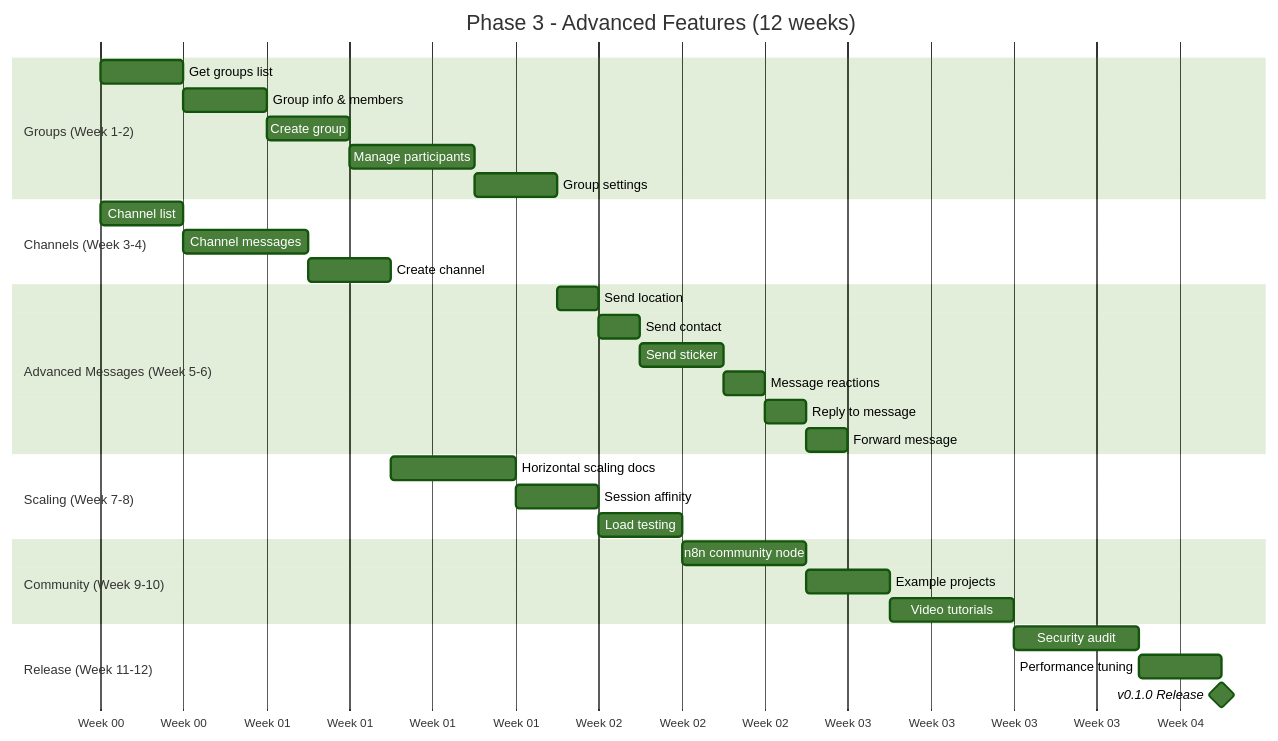
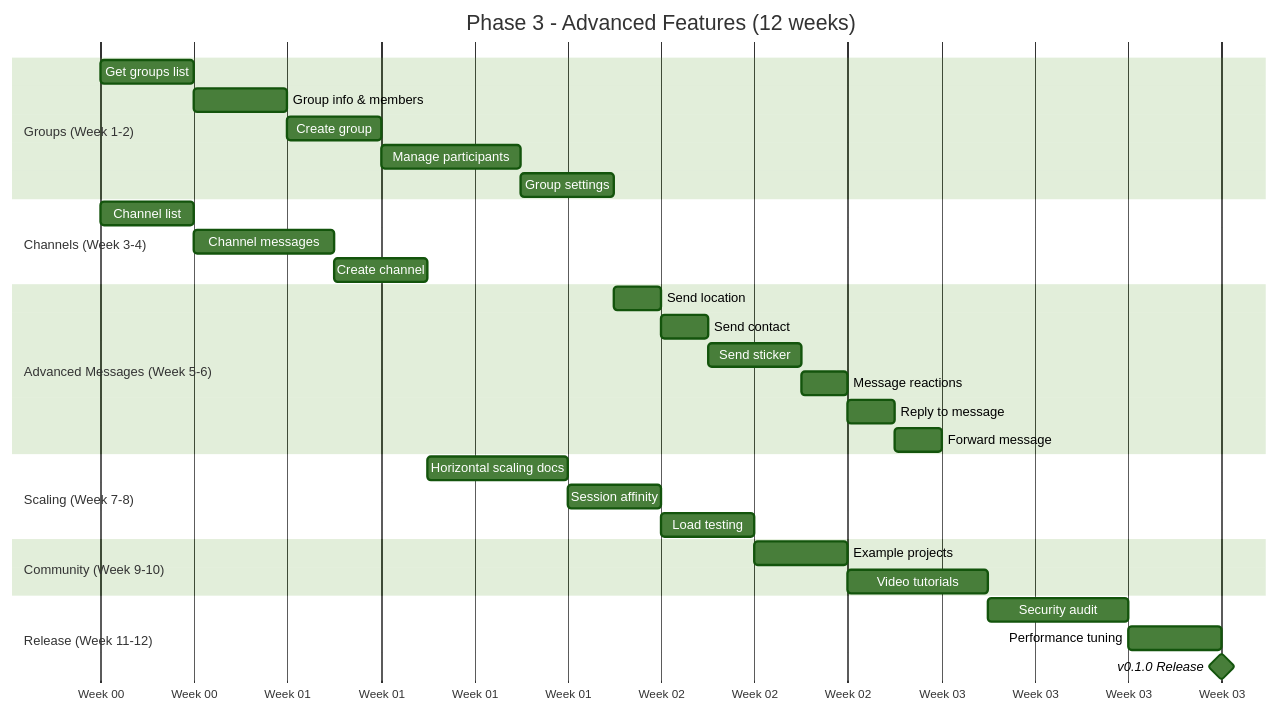
One commit to JaplinChen/FloorLingo changed the fifth of 7 diagrams in docs/15-project-roadmap.md. Above: the diagram before and after it, drawn with Mermaid (forest theme). The commit also changed other lines of this file and 22 other files, not shown here.

````diff
--- a/docs/15-project-roadmap.md
+++ b/docs/15-project-roadmap.md
@@ -394,41 +394,40 @@
 ```mermaid
 gantt
     title Phase 3 - Advanced Features (12 weeks)
     dateFormat  X
     axisFormat Week %W
 
     section Groups (Week 1-2)
     Get groups list         :p3-1, 0, 2d
     Group info & members    :p3-2, after p3-1, 2d
     Create group            :p3-3, after p3-2, 2d
     Manage participants     :p3-4, after p3-3, 3d
     Group settings          :p3-5, after p3-4, 2d
 
     section Channels (Week 3-4)
     Channel list            :p3-6, 0, 2d
     Channel messages        :p3-7, after p3-6, 3d
     Create channel          :p3-8, after p3-7, 2d
 
     section Advanced Messages (Week 5-6)
     Send location           :p3-9, after p3-5, 1d
     Send contact            :p3-10, after p3-9, 1d
     Send sticker            :p3-11, after p3-10, 2d
     Message reactions       :p3-12, after p3-11, 1d
     Reply to message        :p3-13, after p3-12, 1d
     Forward message         :p3-14, after p3-13, 1d
 
     section Scaling (Week 7-8)
     Horizontal scaling docs :p3-15, after p3-8, 3d
     Session affinity        :p3-16, after p3-15, 2d
     Load testing            :p3-17, after p3-16, 2d
 
     section Community (Week 9-10)
-    n8n community node      :p3-18, after p3-17, 3d
-    Example projects        :p3-19, after p3-18, 2d
+    Example projects        :p3-19, after p3-17, 2d
     Video tutorials         :p3-20, after p3-19, 3d
 
     section Release (Week 11-12)
     Security audit          :p3-21, after p3-20, 3d
     Performance tuning      :p3-22, after p3-21, 2d
     v0.1.0 Release          :milestone, p3-23, after p3-22, 0d
 ```
````
